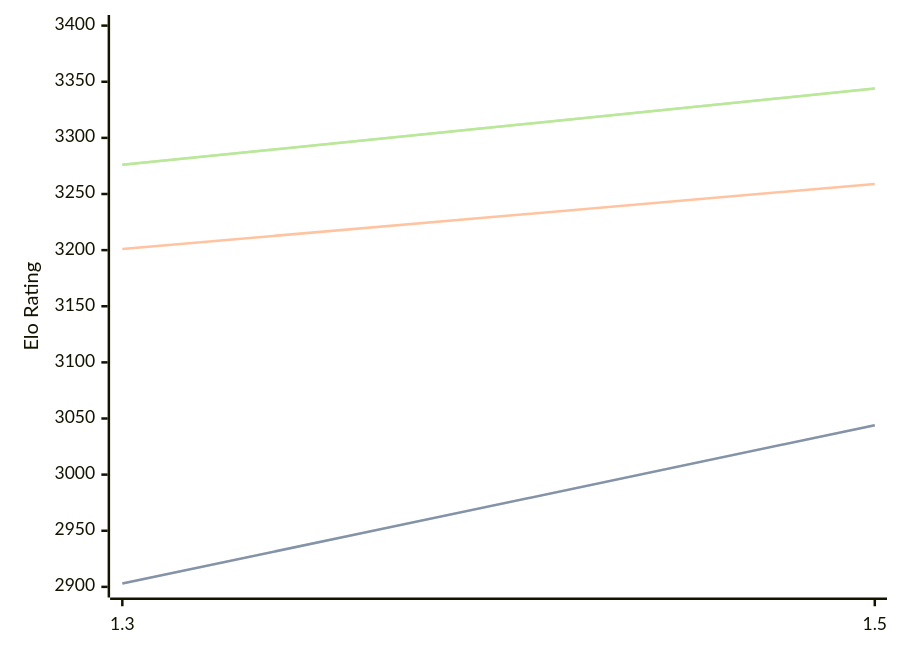
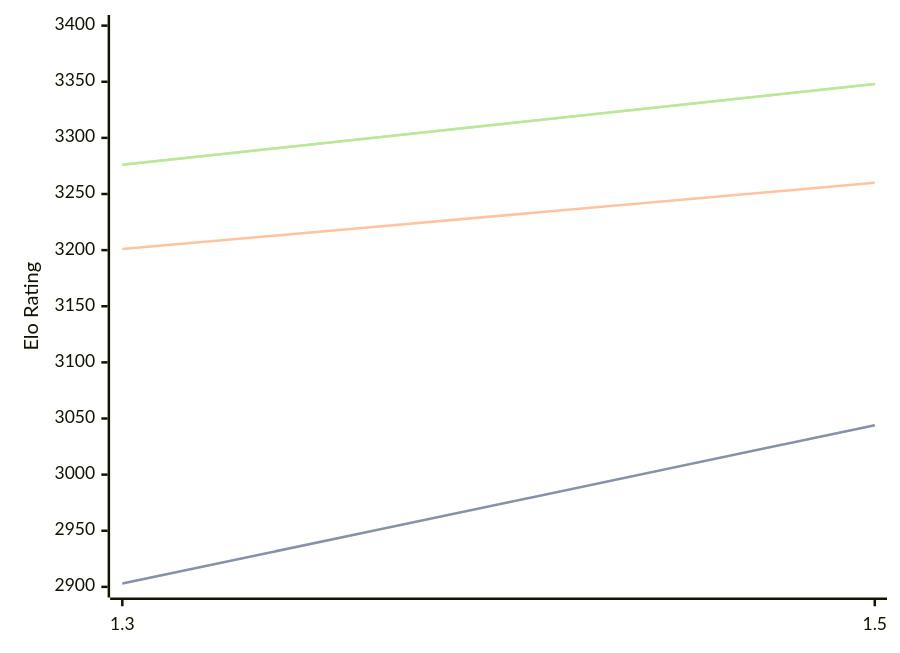
The third of 3 diagrams in engines/Lambergar.md (computer-chess-index/cci), drawn with Mermaid before and after one commit. The commit also changed other lines of this file, not shown here.

Commit message:
Update CCI Ratings (ELO VLTC) - 2026-07-14

````diff
--- a/engines/Lambergar.md
+++ b/engines/Lambergar.md
@@ -77,11 +77,11 @@
 ```mermaid
 %%{init: {"theme":"base","themeVariables":{"seriesColors:['#a3a3a3','#222221','#faa371']}}}%%
 xychart-beta
   x-axis ["1.3", "1.5"]
   y-axis "Elo Rating" 2900 --> 3400
   line "STC (8.0+0.08s)" [2903, 3044]
   line "STC (8.0+0.08s)" [2903, 3044]
-  line "LTC (60.0+0.60s)" [3201, 3259]
-  line "VLTC (2m24s+1.12s)" [3276, 3344]
-  line "VLTC (2m24s+1.12s)" [3276, 3344]
+  line "LTC (60.0+0.60s)" [3201, 3260]
+  line "VLTC (2m24s+1.12s)" [3276, 3348]
+  line "VLTC (2m24s+1.12s)" [3276, 3348]
 ```
````
